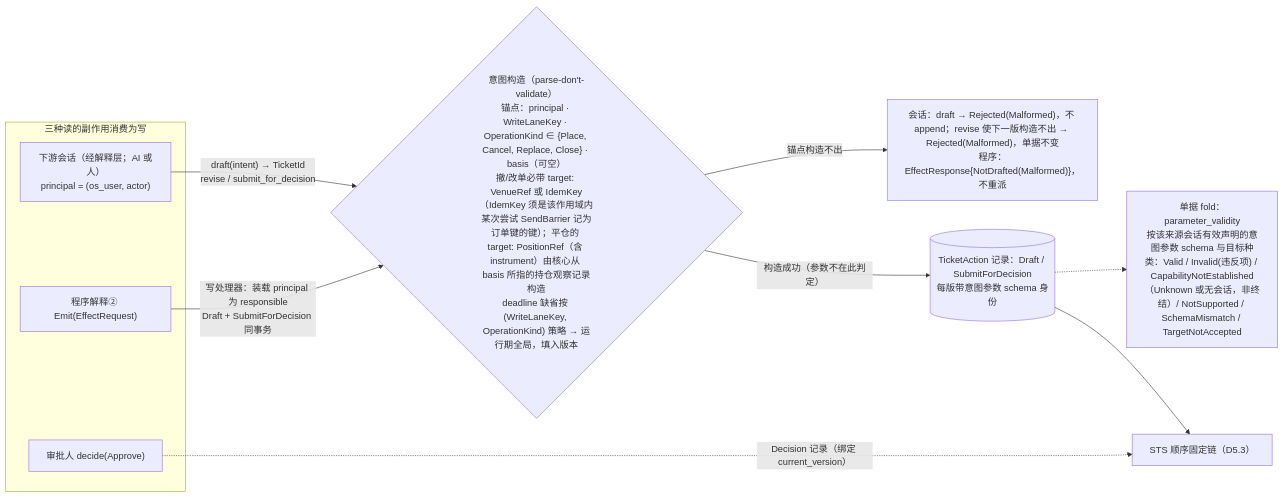
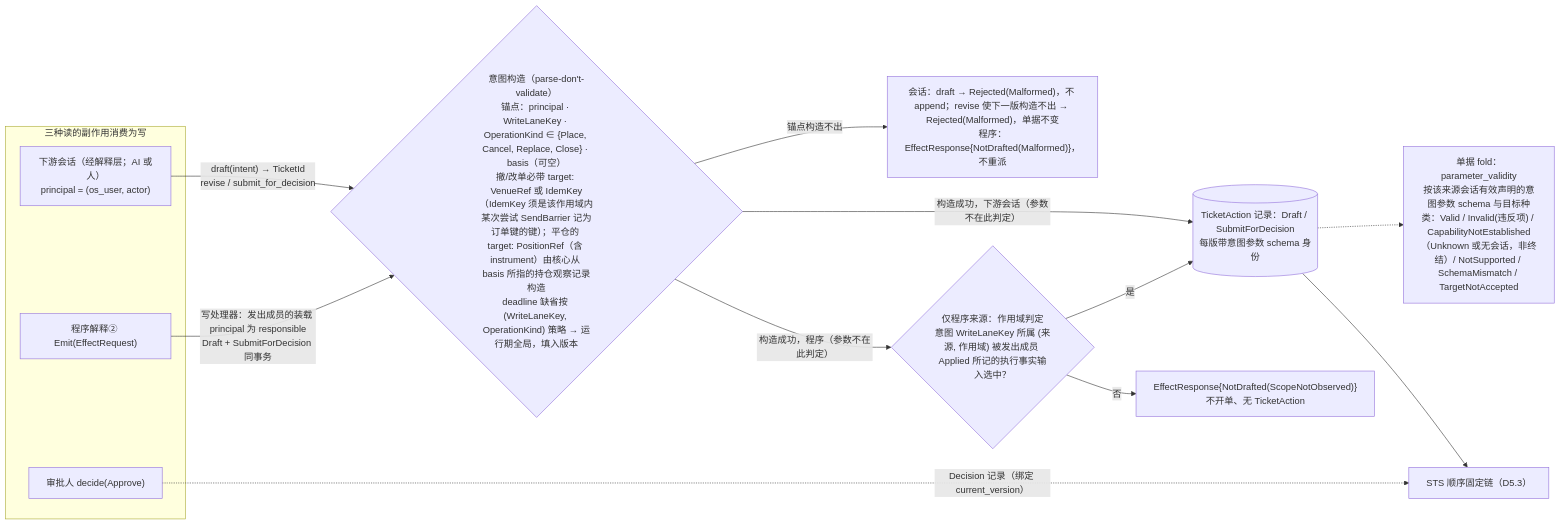
The second of 6 diagrams in design/diagrams/05-ticket-and-sts.md (mouriya-s-lab/uta), drawn with Mermaid before and after one commit. The commit also changed other lines of this file and 10 other files, not shown here.

````diff
--- a/design/diagrams/05-ticket-and-sts.md
+++ b/design/diagrams/05-ticket-and-sts.md
@@ -58,16 +58,19 @@
 ```mermaid
 flowchart LR
   subgraph SRC["三种读的副作用消费为写"]
     AI["下游会话（经解释层；AI 或人）<br/>principal = (os_user, actor)"]
     PROG["程序解释② Emit(EffectRequest)"]
     APPR["审批人 decide(Approve)"]
   end
   AI -->|"draft(intent) → TicketId<br/>revise / submit_for_decision"| NORM
-  PROG -->|"写处理器：装载 principal 为 responsible<br/>Draft + SubmitForDecision 同事务"| NORM
+  PROG -->|"写处理器：发出成员的装载 principal 为 responsible<br/>Draft + SubmitForDecision 同事务"| NORM
   NORM{"意图构造（parse-don't-validate）<br/>锚点：principal · WriteLaneKey · OperationKind ∈ {Place, Cancel, Replace, Close} · basis（可空）<br/>撤/改单必带 target: VenueRef 或 IdemKey（IdemKey 须是该作用域内某次尝试 SendBarrier 记为订单键的键）；平仓的 target: PositionRef（含 instrument）由核心从 basis 所指的持仓观察记录构造<br/>deadline 缺省按 (WriteLaneKey, OperationKind) 策略 → 运行期全局，填入版本"}
   NORM -->|"锚点构造不出"| MAL["会话：draft → Rejected(Malformed)，不 append；revise 使下一版构造不出 → Rejected(Malformed)，单据不变<br/>程序：EffectResponse{NotDrafted(Malformed)}，不重派"]
-  NORM -->|"构造成功（参数不在此判定）"| TK[("TicketAction 记录：Draft / SubmitForDecision<br/>每版带意图参数 schema 身份")]
+  NORM -->|"构造成功，下游会话（参数不在此判定）"| TK[("TicketAction 记录：Draft / SubmitForDecision<br/>每版带意图参数 schema 身份")]
+  NORM -->|"构造成功，程序（参数不在此判定）"| SCOPE{"仅程序来源：作用域判定<br/>意图 WriteLaneKey 所属 (来源, 作用域) 被发出成员 Applied 所记的执行事实输入选中？"}
+  SCOPE -->|"否"| NSO["EffectResponse{NotDrafted(ScopeNotObserved)}<br/>不开单、无 TicketAction"]
+  SCOPE -->|"是"| TK
   TK -.-> PV["单据 fold：parameter_validity<br/>按该来源会话有效声明的意图参数 schema 与目标种类：Valid / Invalid(违反项) / CapabilityNotEstablished（Unknown 或无会话，非终结）/ NotSupported / SchemaMismatch / TargetNotAccepted"]
   TK --> STS["STS 顺序固定链（D5.3）"]
   APPR -.->|"Decision 记录（绑定 current_version）"| STS
 ```
````
